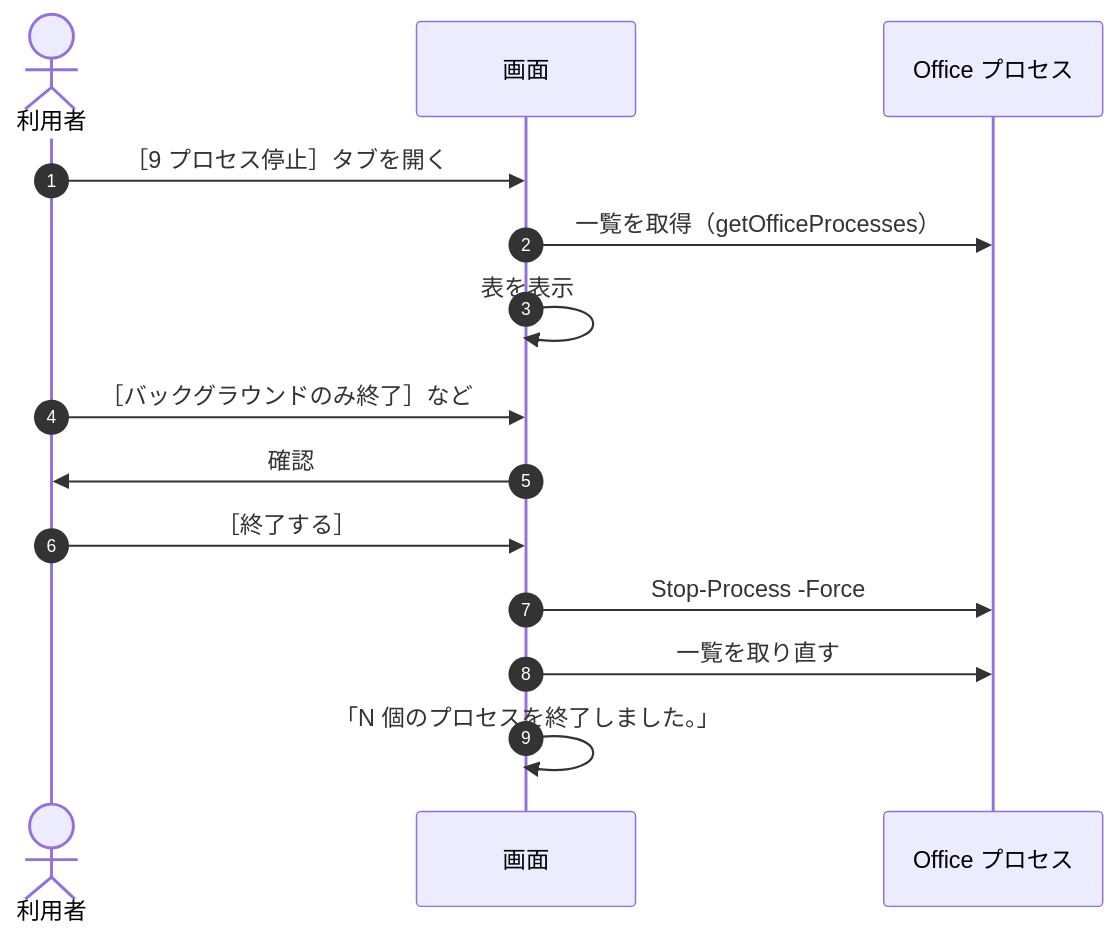
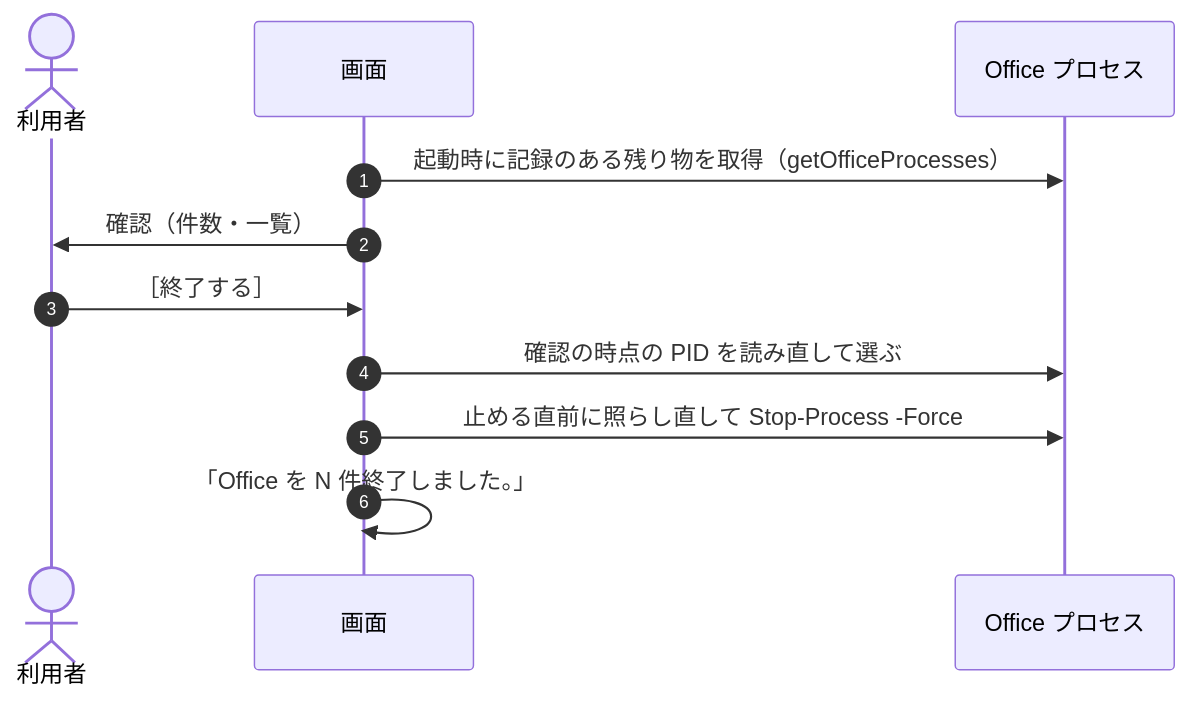
Before and after one commit to hsgwa/tebunko: the fourth of 5 diagrams in docs/design/gui/state-flow.md, drawn with Mermaid. The commit also changed other lines of this file and 39 other files, not shown here.

First line of the commit message:
docs: 残った Office の終了を起動時の確認に改め、［9 プロセス停止］タブの設計書・手引き・写真を外す

````diff
--- a/docs/design/gui/state-flow.md
+++ b/docs/design/gui/state-flow.md
@@ -132,17 +132,14 @@
 ```mermaid
 sequenceDiagram
     autonumber
     actor U as 利用者
     participant G as 画面
     participant O as Office プロセス
 
-    U->>G: ［9 プロセス停止］タブを開く
-    G->>O: 一覧を取得（getOfficeProcesses）
-    G->>G: 表を表示
-    U->>G: ［バックグラウンドのみ終了］など
-    G->>U: 確認
+    G->>O: 起動時に記録のある残り物を取得（getOfficeProcesses）
+    G->>U: 確認（件数・一覧）
     U->>G: ［終了する］
-    G->>O: Stop-Process -Force
-    G->>O: 一覧を取り直す
-    G->>G: 「N 個のプロセスを終了しました。」
+    G->>O: 確認の時点の PID を読み直して選ぶ
+    G->>O: 止める直前に照らし直して Stop-Process -Force
+    G->>G: 「Office を N 件終了しました。」
 ```
````
